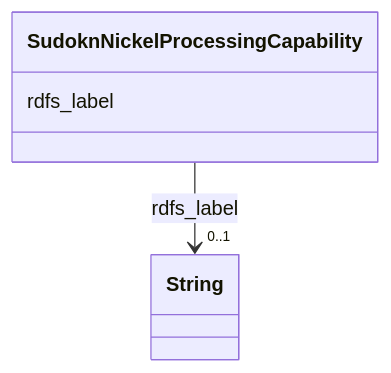
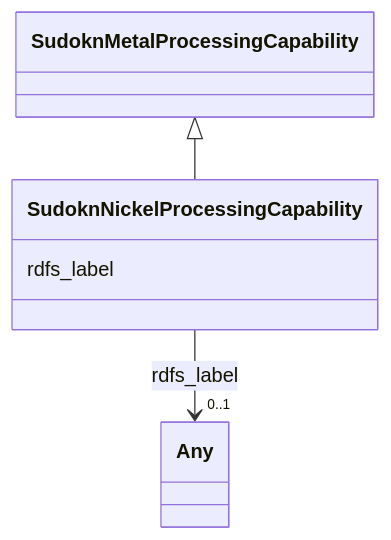
The diagram in sudokn-kg/classes/SudoknNickelProcessingCapability.md (frink-okn/graph-descriptions), drawn with Mermaid before and after one commit. The commit also changed other lines of this file and 903 other files, not shown here.

````diff
--- a/sudokn-kg/classes/SudoknNickelProcessingCapability.md
+++ b/sudokn-kg/classes/SudoknNickelProcessingCapability.md
@@ -23,15 +18,18 @@
 ```mermaid
  classDiagram
     class SudoknNickelProcessingCapability
     click SudoknNickelProcessingCapability href "../SudoknNickelProcessingCapability"
+      SudoknMetalProcessingCapability <|-- SudoknNickelProcessingCapability
+        click SudoknMetalProcessingCapability href "../SudoknMetalProcessingCapability"
+      
       SudoknNickelProcessingCapability : rdfs_label
         
           
     
     
-    SudoknNickelProcessingCapability --> "0..1" String : rdfs_label
-    click String href "../String"
+    SudoknNickelProcessingCapability --> "0..1" Any : rdfs_label
+    click Any href "../Any"
 
         
       
 ```
````
